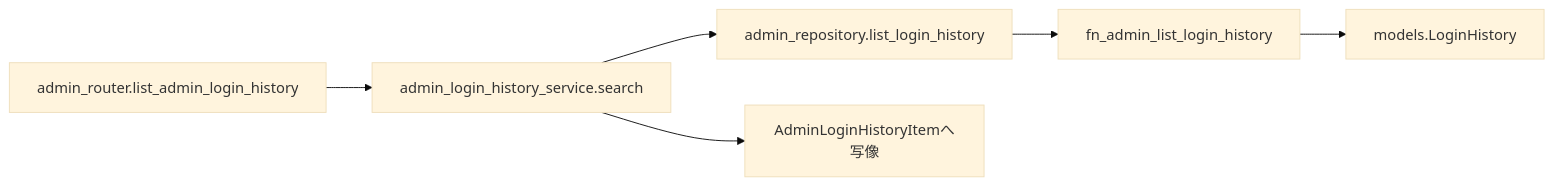
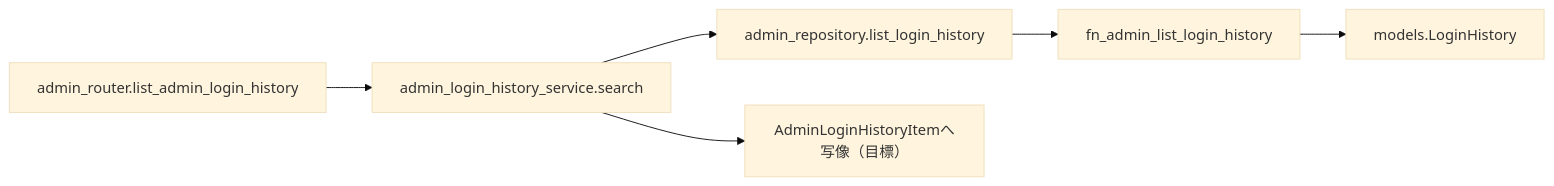
Before and after one commit to oikawa-d/task_management: the third of 4 diagrams in docs/detailed_design/api/admin/07_get_admin_login_history.md, drawn with Mermaid (base theme). The commit also changed other lines of this file and 2 other files, not shown here.

````diff
--- a/docs/detailed_design/api/admin/07_get_admin_login_history.md
+++ b/docs/detailed_design/api/admin/07_get_admin_login_history.md
@@ -186,8 +188,8 @@
 ```mermaid
 flowchart LR
     R["admin_router.list_admin_login_history"] --> S["admin_login_history_service.search"]
     S --> ARP["admin_repository.list_login_history"]
     ARP --> FN["fn_admin_list_login_history"]
     FN --> M1["models.LoginHistory"]
-    S --> DTO["AdminLoginHistoryItemへ写像"]
+    S --> DTO["AdminLoginHistoryItemへ写像（目標）"]
 ```
````
